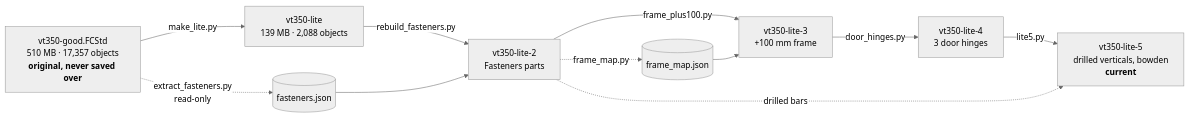
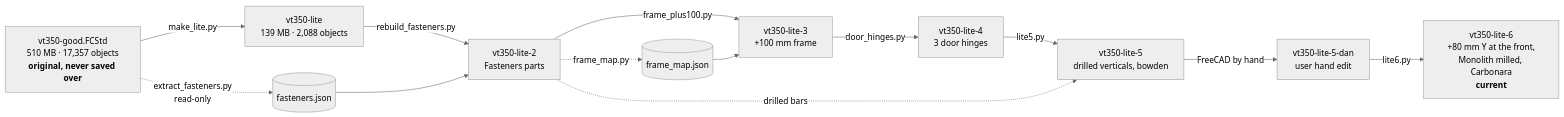
Before and after one commit to dvystrcil/vt350: the diagram in cad/README.md, drawn with Mermaid (neutral theme). The commit also changed other lines of this file and 4 other files, not shown here.

First line of the commit message:
CAD lite-6: +80 mm Y at the front, Monolith milled 2WD, Carbonara beam, MGN9 rails (#26)

````diff
--- a/cad/README.md
+++ b/cad/README.md
@@ -10,19 +10,23 @@
 ```mermaid
 flowchart LR
     G["vt350-good.FCStd<br/>510 MB · 17,357 objects<br/><b>original, never saved over</b>"]
     L1["vt350-lite<br/>139 MB · 2,088 objects"]
     L2["vt350-lite-2<br/>Fasteners parts"]
     L3["vt350-lite-3<br/>+100 mm frame"]
     L4["vt350-lite-4<br/>3 door hinges"]
-    L5["vt350-lite-5<br/>drilled verticals, bowden<br/><b>current</b>"]
+    L5["vt350-lite-5<br/>drilled verticals, bowden"]
+    L5D["vt350-lite-5-dan<br/>user hand edit"]
+    L6["vt350-lite-6<br/>+80 mm Y at the front,<br/>Monolith milled, Carbonara<br/><b>current</b>"]
     G -->|make_lite.py| L1
     G -.->|extract_fasteners.py<br/>read-only| J[(fasteners.json)]
     L1 -->|rebuild_fasteners.py| L2
     J --> L2
     L2 -.->|frame_map.py| M[(frame_map.json)]
     L2 -->|frame_plus100.py| L3
     M --> L3
     L3 -->|door_hinges.py| L4
     L4 -->|lite5.py| L5
     L2 -.->|drilled bars| L5
+    L5 -->|FreeCAD by hand| L5D
+    L5D -->|lite6.py| L6
 ```
````
